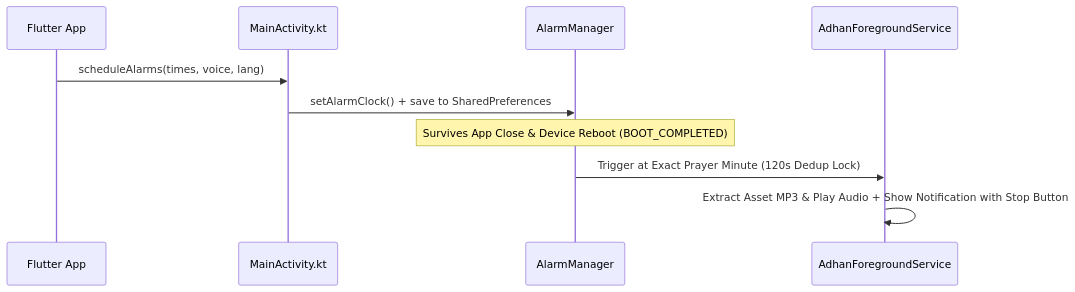
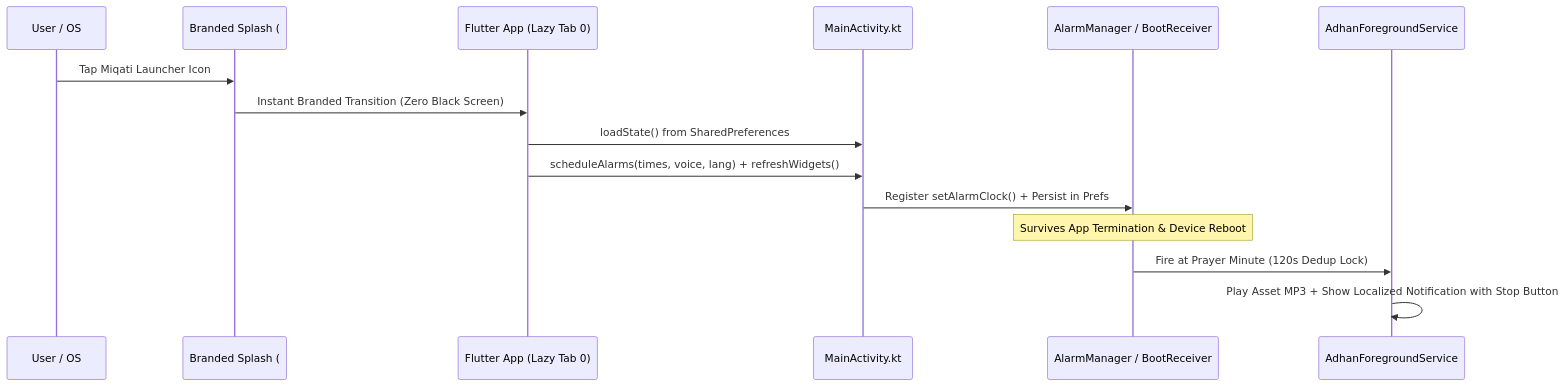
One commit to alateefs/Miqati changed the second of 2 diagrams in README.md. Above: the diagram before and after it, drawn with Mermaid. The commit also changed other lines of this file, not shown here.

````diff
--- a/README.md
+++ b/README.md
@@ -100,12 +147,18 @@
 ```mermaid
 sequenceDiagram
-    participant App as Flutter App
+    participant User as User / OS
+    participant Splash as Branded Splash (#061411)
+    participant App as Flutter App (Lazy Tab 0)
     participant Native as MainActivity.kt
-    participant Alarm as AlarmManager
-    participant Svc as AdhanForegroundService
-    App->>Native: scheduleAlarms(times, voice, lang)
-    Native->>Alarm: setAlarmClock() + save to SharedPreferences
-    Note over Alarm: Survives App Close & Device Reboot (BOOT_COMPLETED)
-    Alarm->>Svc: Trigger at Exact Prayer Minute (120s Dedup Lock)
-    Svc->>Svc: Extract Asset MP3 & Play Audio + Show Notification with Stop Button
+    participant Alarm as AlarmManager / BootReceiver
+    participant Service as AdhanForegroundService
+
+    User->>Splash: Tap Miqati Launcher Icon
+    Splash->>App: Instant Branded Transition (Zero Black Screen)
+    App->>Native: loadState() from SharedPreferences
+    App->>Native: scheduleAlarms(times, voice, lang) + refreshWidgets()
+    Native->>Alarm: Register setAlarmClock() + Persist in Prefs
+    Note over Alarm: Survives App Termination & Device Reboot
+    Alarm->>Service: Fire at Prayer Minute (120s Dedup Lock)
+    Service->>Service: Play Asset MP3 + Show Localized Notification with Stop Button
 ```
````
